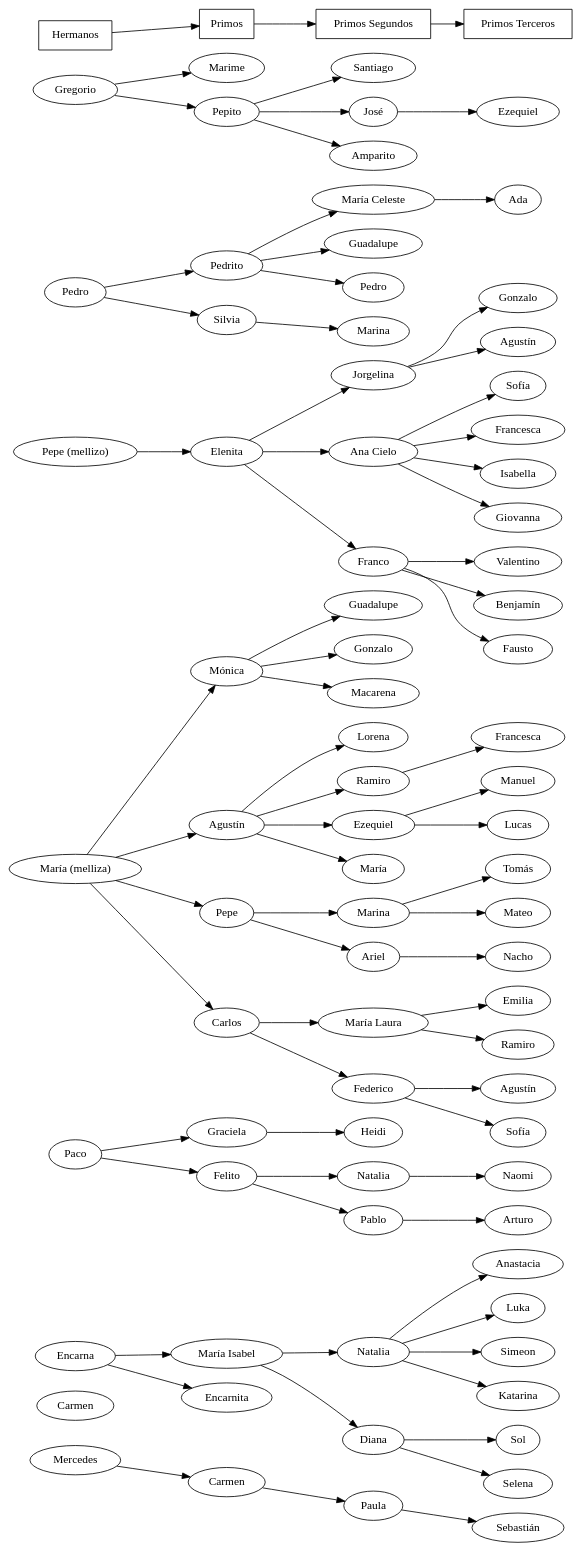
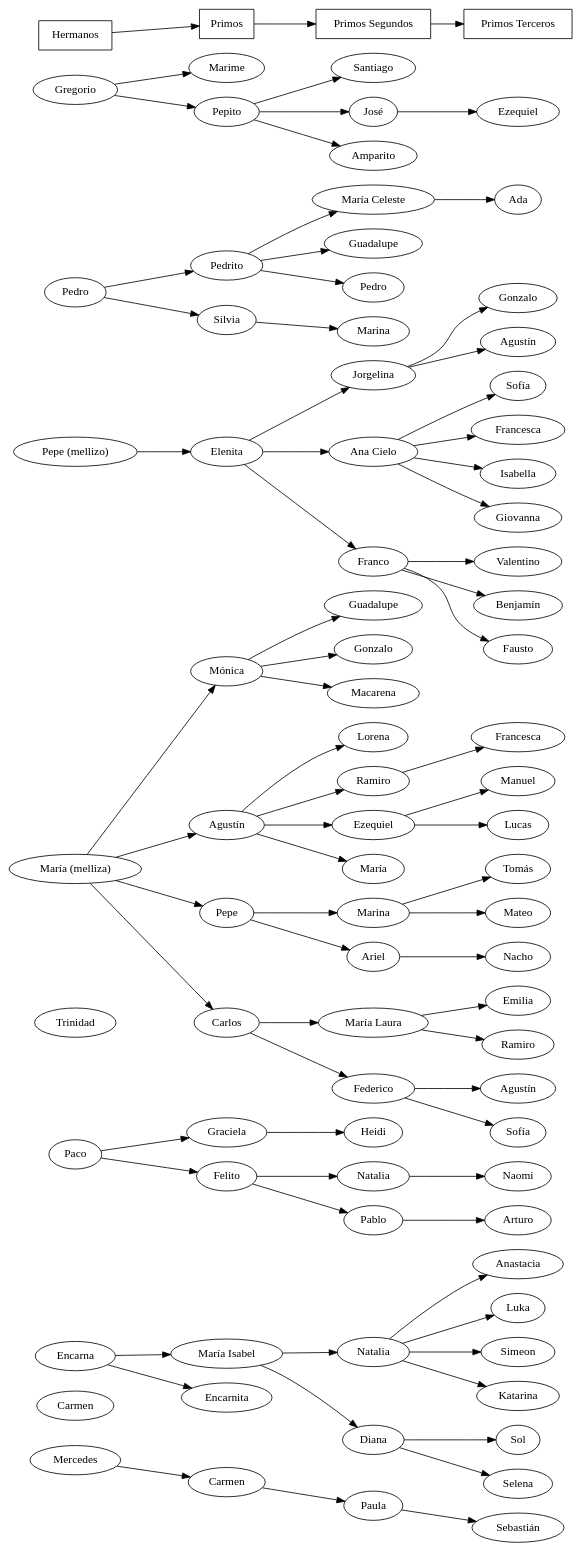
Before and after one commit to ramiror/gomitada: the diagram in gomitada.dot, drawn with Graphviz. The commit also changed 1 other file, not shown here.

Commit message:
Add Trinidad

```diff
--- a/gomitada.dot
+++ b/gomitada.dot
@@ -1,111 +1,112 @@
 digraph {
     rankdir=LR
     Hermanos [shape="box"]
     Primos [shape="box"]
     "Primos Segundos" [shape="box"]
     "Primos Terceros" [shape="box"]
     Hermanos -> Primos -> "Primos Segundos" -> "Primos Terceros"
     Gregorio
     Pedro
     pm [label="Pepe (mellizo)"]
     mari [label="María (melliza)"]
+    Trinidad
     Paco
     Encarna
     Carmen
     Mercedes
 
     {
         rank=same
-        Hermanos -> Gregorio -> Pedro -> pm -> mari -> Paco -> Encarna -> Carmen -> Mercedes [style="invis"]
+        Hermanos -> Gregorio -> Pedro -> pm -> mari -> Trinidad -> Paco -> Encarna -> Carmen -> Mercedes [style="invis"]
     }
 
     Gregorio -> Marime
     Gregorio -> Pepito
     Pedro -> Pedrito
     Pedro -> Silvia
     pm -> Elenita
     Paco -> Graciela -> Heidi
     Paco -> Felito
     Isabel [label="María Isabel"]
     Encarna -> Isabel
     Encarna -> Encarnita
     Carmen_Mercedes [label="Carmen"]
     sebas [label="Sebastián"]
     Mercedes -> Carmen_Mercedes -> Paula -> sebas
     natalia_isabel [label="Natalia"]
     Isabel -> natalia_isabel
     Isabel -> Diana
     natalia_isabel -> Anastacia
     natalia_isabel -> Luka
     natalia_isabel -> Simeon
     kiki [label="Katarina"]
     natalia_isabel -> kiki
     Diana -> Sol
     Diana -> Selena
     moni [label="Mónica"]
     agus [label="Agustín"]
     mari -> agus
     mari -> Pepe
     mari -> Carlos
     mari -> moni
     agus -> Lorena
     agus -> Ramiro -> Francesca
     agus -> Ezequiel
     Maria_Agus [label="María"]
     agus -> Maria_Agus
     moni -> Guadalupe
     moni -> Gonzalo
     moni -> Macarena
     piqui [label="María Laura"]
     Carlos -> piqui
     Carlos -> Federico
     Pepe -> Marina
     Pepe -> Ariel -> Nacho
     Ezequiel -> Manuel
     Ezequiel -> Lucas
     Felito -> Natalia -> Naomi
     Felito -> Pablo -> Arturo
     piqui -> Emilia
     Ramiro_Piqui [label="Ramiro"]
     piqui -> Ramiro_Piqui
     Agus_Fede [label="Agustín"]
     Federico -> Agus_Fede
     sofi [label="Sofía"]
     Federico -> sofi
     Tomas [label="Tomás"]
     Marina -> Tomas
     Marina -> Mateo
     Pepito -> Santiago
     Jose [label="José"]
     Pepito -> Jose
     Pepito -> Amparito
     Elenita -> Jorgelina
     AnaCielo [label="Ana Cielo"]
     Elenita -> AnaCielo
     Elenita -> Franco
     Gonzalo_Jorgelina [label="Gonzalo"]
     Agus_Jorgelina [label="Agustín"]
     Jorgelina -> Agus_Jorgelina
     Jorgelina -> Gonzalo_Jorgelina
     Sofia_AnaCielo [label="Sofía"]
     Francesca_AnaCielo [label="Francesca"]
     AnaCielo -> Sofia_AnaCielo
     AnaCielo -> Francesca_AnaCielo
     AnaCielo -> Isabella
     AnaCielo -> Giovanna
     Franco -> Valentino
     Benja [label="Benjamín"]
     Franco -> Benja
     Franco -> Fausto
     macel [label="María Celeste"]
     guada_pedrito [label="Guadalupe"]
     pedro_pedrito [label="Pedro"]
     Pedrito -> macel
     Pedrito -> guada_pedrito
     Pedrito -> pedro_pedrito
     marina_silvia [label="Marina"]
     Silvia -> marina_silvia
     macel -> Ada
     eze_jose [label="Ezequiel"]
     Jose -> eze_jose
 }
```
